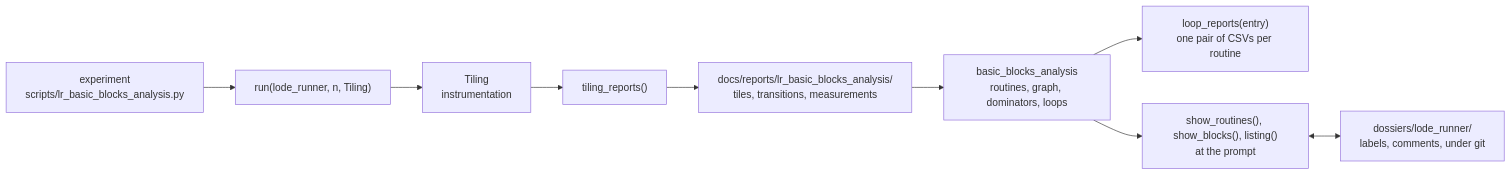
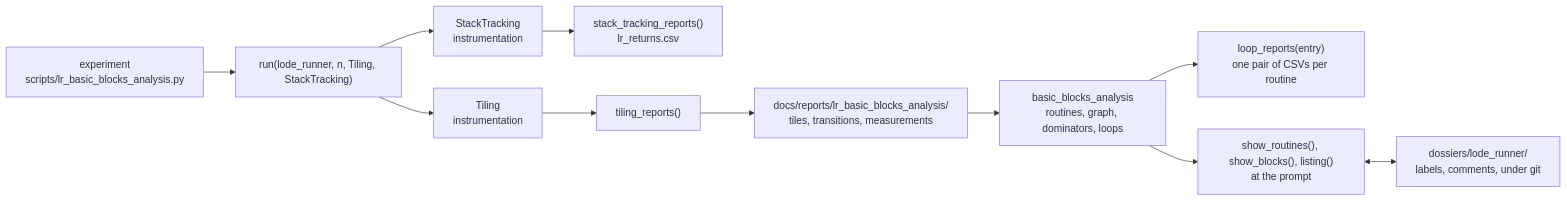
The fourth of 4 diagrams in README.md (fschuhi/papple2), drawn with Mermaid before and after one commit. The commit also changed other lines of this file and 4 other files, not shown here.

Commit message:
Session docs 2026-10-04: show_callers, StackTracking, orientation before analysis

````diff
--- a/README.md
+++ b/README.md
@@ -168,11 +168,13 @@
 ```mermaid
 graph LR
-    EXP["experiment<br/>scripts/lr_basic_blocks_analysis.py"] --> RUN["run(lode_runner, n, Tiling)"]
+    EXP["experiment<br/>scripts/lr_basic_blocks_analysis.py"] --> RUN["run(lode_runner, n, Tiling, StackTracking)"]
     RUN --> TILING["Tiling<br/>instrumentation"]
+    RUN --> STACK["StackTracking<br/>instrumentation"]
+    STACK --> SREP["stack_tracking_reports()<br/>lr_returns.csv"]
     TILING --> TREP["tiling_reports()"]
     TREP --> REPORTS["docs/reports/lr_basic_blocks_analysis/<br/>tiles, transitions, measurements"]
     REPORTS --> BBA["basic_blocks_analysis<br/>routines, graph, dominators, loops"]
     BBA --> LOOPS["loop_reports(entry)<br/>one pair of CSVs per routine"]
     BBA --> SHELL["show_routines(), show_blocks(), listing()<br/>at the prompt"]
     SHELL <--> DOSSIER["dossiers/lode_runner/<br/>labels, comments, under git"]
 ```
````
